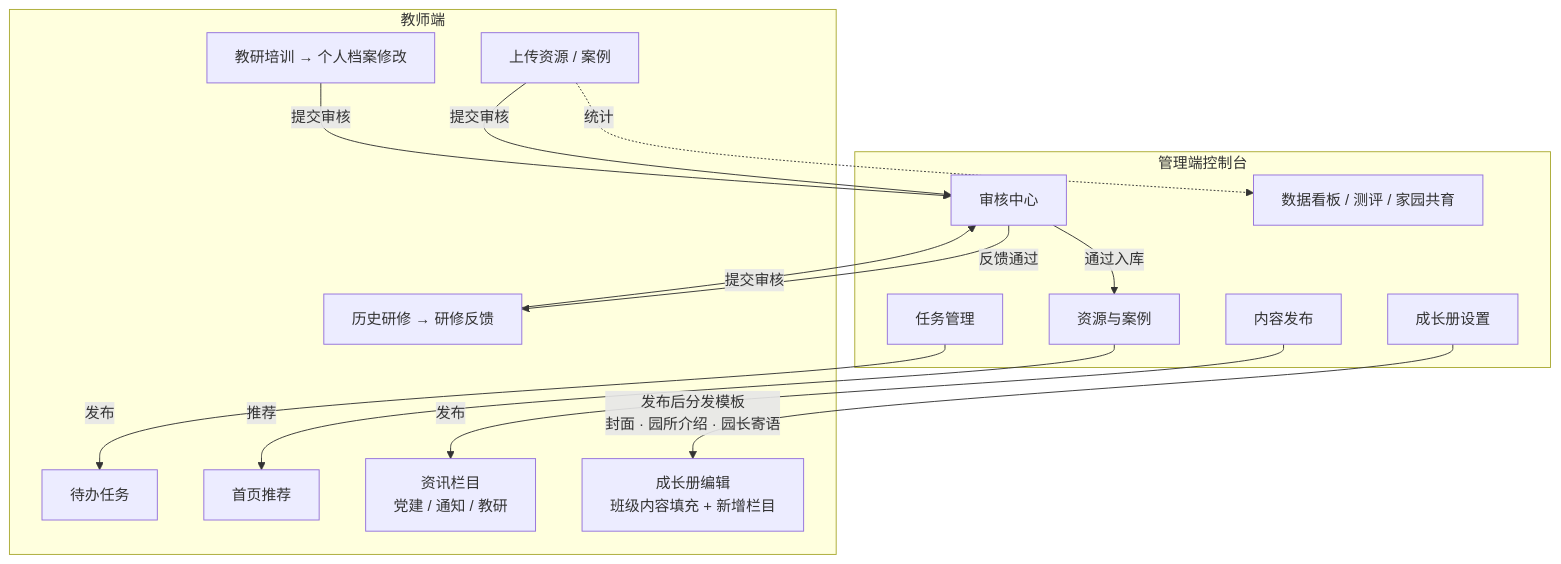
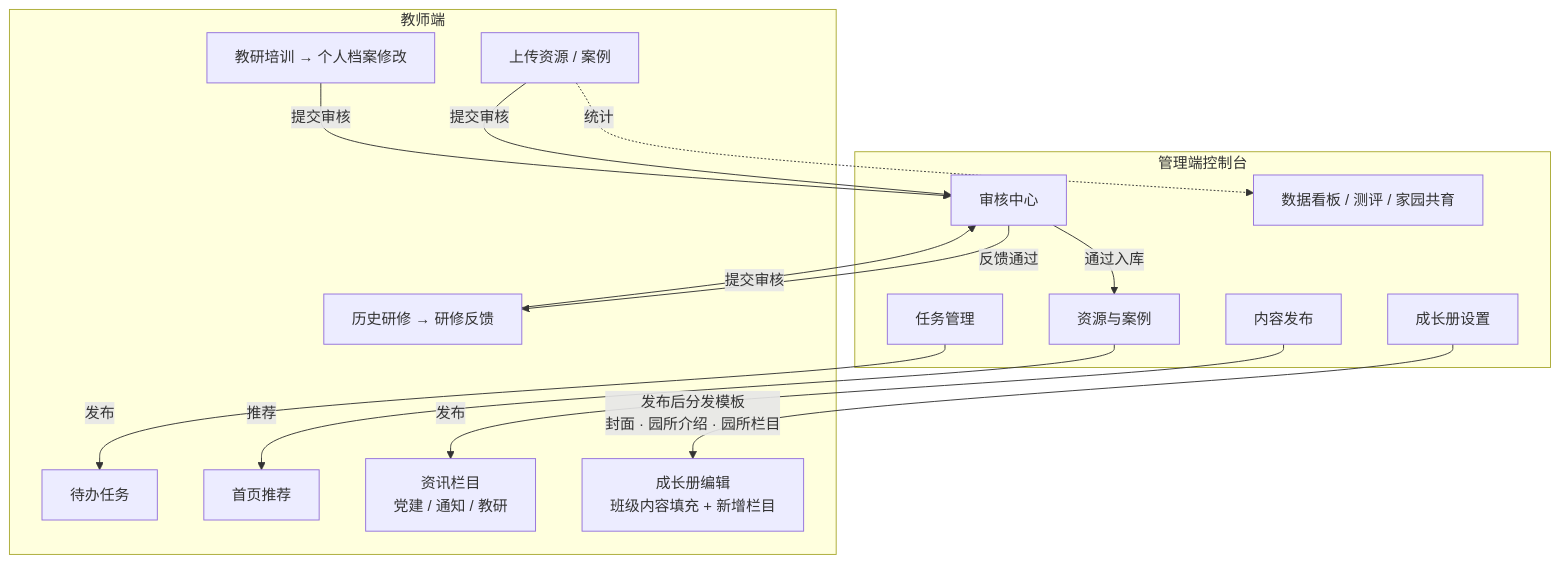
Before and after one commit to Chao0s/hualong-admin-pc: diagram 11 of 11 in docs/信息架构.md, drawn with Mermaid. The commit also changed other lines of this file and 5 other files, not shown here.

Commit message:
feat(growth-book)!: add grade-season template settings

````diff
--- a/docs/信息架构.md
+++ b/docs/信息架构.md
@@ -285,34 +283,34 @@
 ```mermaid
 flowchart TB
     subgraph TeacherApp["教师端"]
         T_Upload["上传资源 / 案例"]
         T_Profile["教研培训 → 个人档案修改"]
         T_Feedback["历史研修 → 研修反馈"]
         T_Todo["待办任务"]
         T_Home["首页推荐"]
         T_Column["资讯栏目<br/>党建 / 通知 / 教研"]
         T_Book["成长册编辑<br/>班级内容填充 + 新增栏目"]
     end
 
     subgraph AdminConsole["管理端控制台"]
         A_Review["审核中心"]
         A_Library["资源与案例"]
         A_Tasks["任务管理"]
         A_Content["内容发布"]
         A_GrowthBook["成长册设置"]
         A_Data["数据看板 / 测评 / 家园共育"]
     end
 
     T_Upload -->|提交审核| A_Review
     T_Profile -->|提交审核| A_Review
     T_Feedback -->|提交审核| A_Review
 
     A_Review -->|通过入库| A_Library
     A_Library -->|推荐| T_Home
     A_Tasks -->|发布| T_Todo
     A_Content -->|发布| T_Column
-    A_GrowthBook -->|发布后分发模板<br/>封面 · 园所介绍 · 园长寄语| T_Book
+    A_GrowthBook -->|发布后分发模板<br/>封面 · 园所介绍 · 园所栏目| T_Book
     A_Review -->|反馈通过| T_Feedback
 
     T_Upload -.统计.-> A_Data
 ```
````
